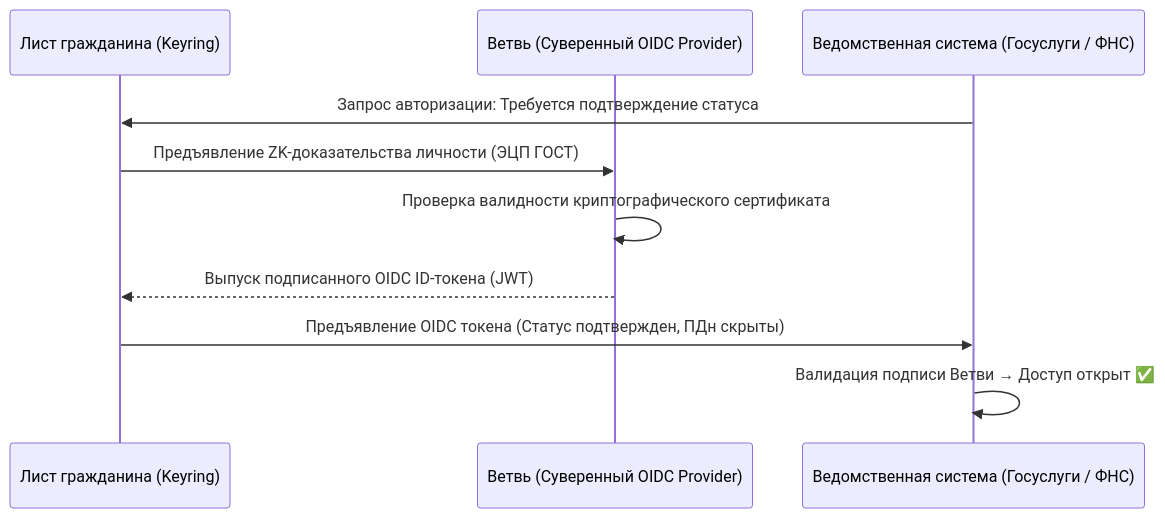
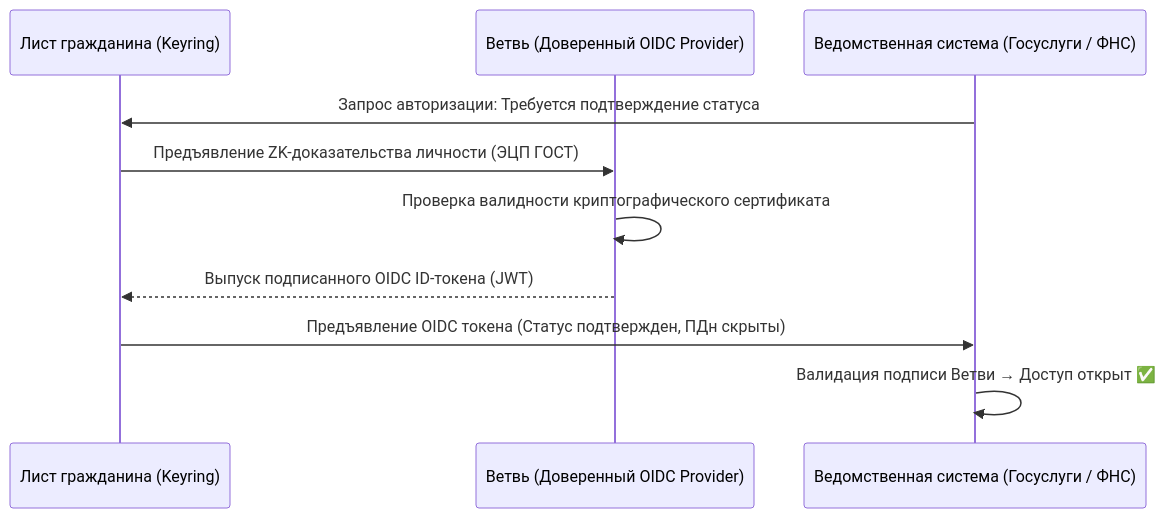
One commit to Data-Independence-Network/presentations changed the sixth of 12 diagrams in architecture_presentations/05_routing_p2p_and_passthrough/docs/presentation_deck.md. Above: the diagram before and after it, drawn with Mermaid. The commit also changed other lines of this file and 81 other files, not shown here.

```diff
--- a/architecture_presentations/05_routing_p2p_and_passthrough/docs/presentation_deck.md
+++ b/architecture_presentations/05_routing_p2p_and_passthrough/docs/presentation_deck.md
@@ -302,13 +302,13 @@
         <div class="mermaid">
 sequenceDiagram
     participant User as Лист гражданина (Keyring)
-    participant Branch as Ветвь (Суверенный OIDC Provider)
+    participant Branch as Ветвь (Доверенный OIDC Provider)
     participant GovApp as Ведомственная система (Госуслуги / ФНС)
 
     GovApp->>User: Запрос авторизации: Требуется подтверждение статуса
     User->>Branch: Предъявление ZK-доказательства личности (ЭЦП ГОСТ)
     Branch->>Branch: Проверка валидности криптографического сертификата
     Branch-->>User: Выпуск подписанного OIDC ID-токена (JWT)
     User->>GovApp: Предъявление OIDC токена (Статус подтвержден, ПДн скрыты)
     GovApp->>GovApp: Валидация подписи Ветви &rarr; Доступ открыт ✅
         </div>
```
